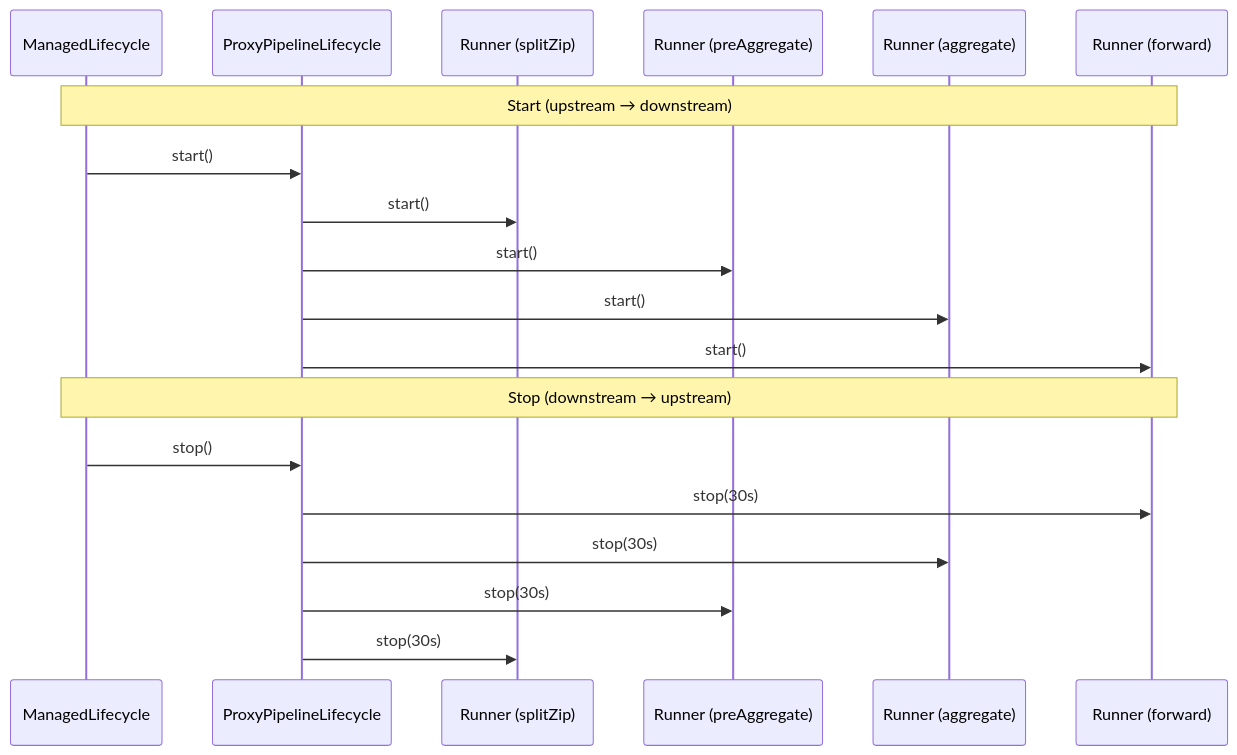
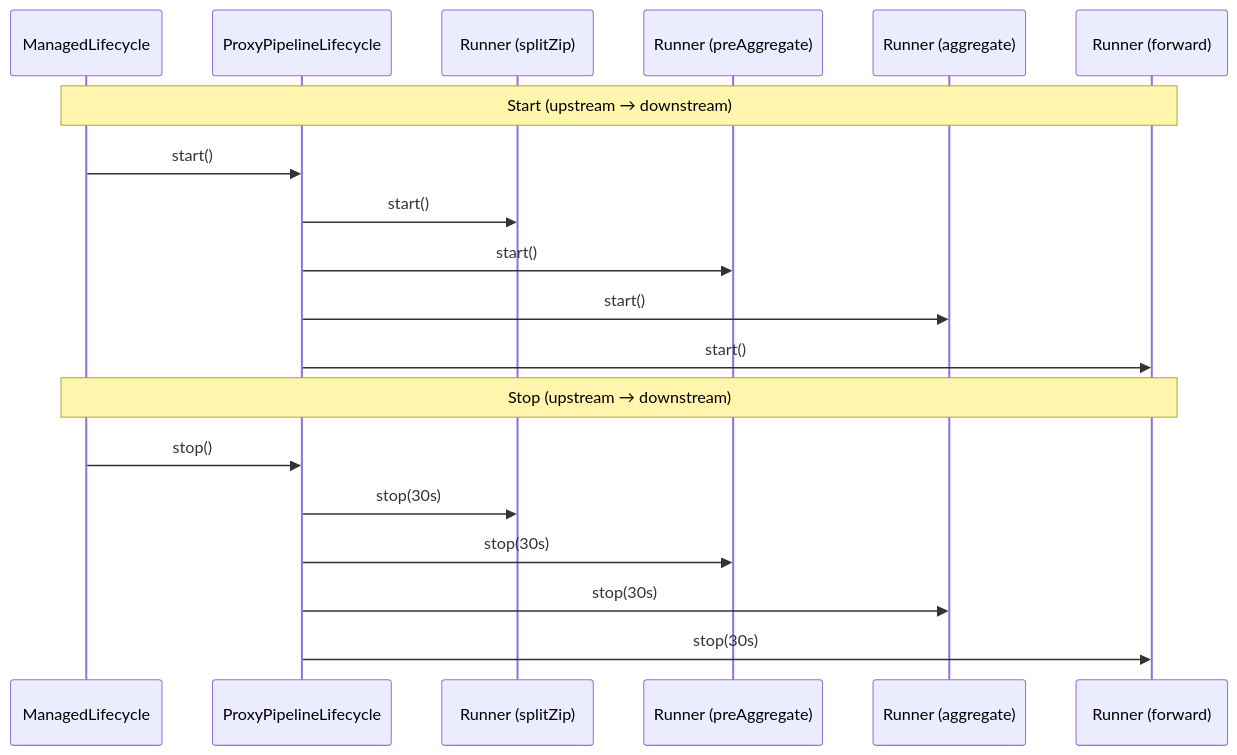
One commit to gchq/stroom changed the sixth of 10 diagrams in stroom-proxy/designs/infrastructure/runtime.md. Above: the diagram before and after it, drawn with Mermaid. The commit also changed other lines of this file and 27 other files, not shown here.

````diff
--- a/stroom-proxy/designs/infrastructure/runtime.md
+++ b/stroom-proxy/designs/infrastructure/runtime.md
@@ -171,23 +171,23 @@
 ```mermaid
 sequenceDiagram
     participant M as ManagedLifecycle
     participant L as ProxyPipelineLifecycle
     participant R1 as Runner (splitZip)
     participant R2 as Runner (preAggregate)
     participant R3 as Runner (aggregate)
     participant R4 as Runner (forward)
 
     Note over M,R4: Start (upstream → downstream)
     M->>L: start()
     L->>R1: start()
     L->>R2: start()
     L->>R3: start()
     L->>R4: start()
 
-    Note over M,R4: Stop (downstream → upstream)
+    Note over M,R4: Stop (upstream → downstream)
     M->>L: stop()
+    L->>R1: stop(30s)
+    L->>R2: stop(30s)
+    L->>R3: stop(30s)
     L->>R4: stop(30s)
-    L->>R3: stop(30s)
-    L->>R2: stop(30s)
-    L->>R1: stop(30s)
 ```
````
